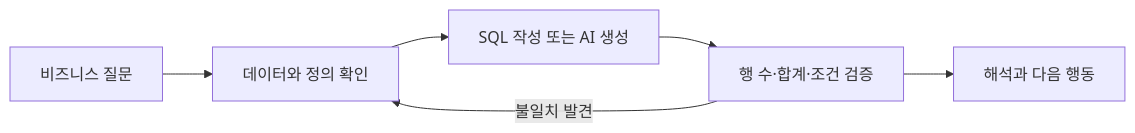
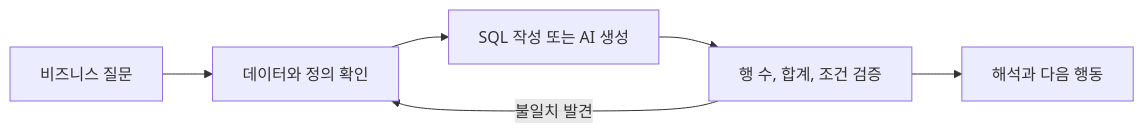
One commit to Eunjung-Cho/bdai13-bigquery changed the first of 3 diagrams in docs/week1/lecture.md. Above: the diagram before and after it, drawn with Mermaid. The commit also changed other lines of this file and 34 other files, not shown here.

````diff
--- a/docs/week1/lecture.md
+++ b/docs/week1/lecture.md
@@ -36,8 +36,8 @@
 ```mermaid
 flowchart LR
     Q[비즈니스 질문] --> D[데이터와 정의 확인]
     D --> S[SQL 작성 또는 AI 생성]
-    S --> V[행 수·합계·조건 검증]
+    S --> V[행 수, 합계, 조건 검증]
     V --> I[해석과 다음 행동]
     V -->|불일치 발견| D
 ```
````
